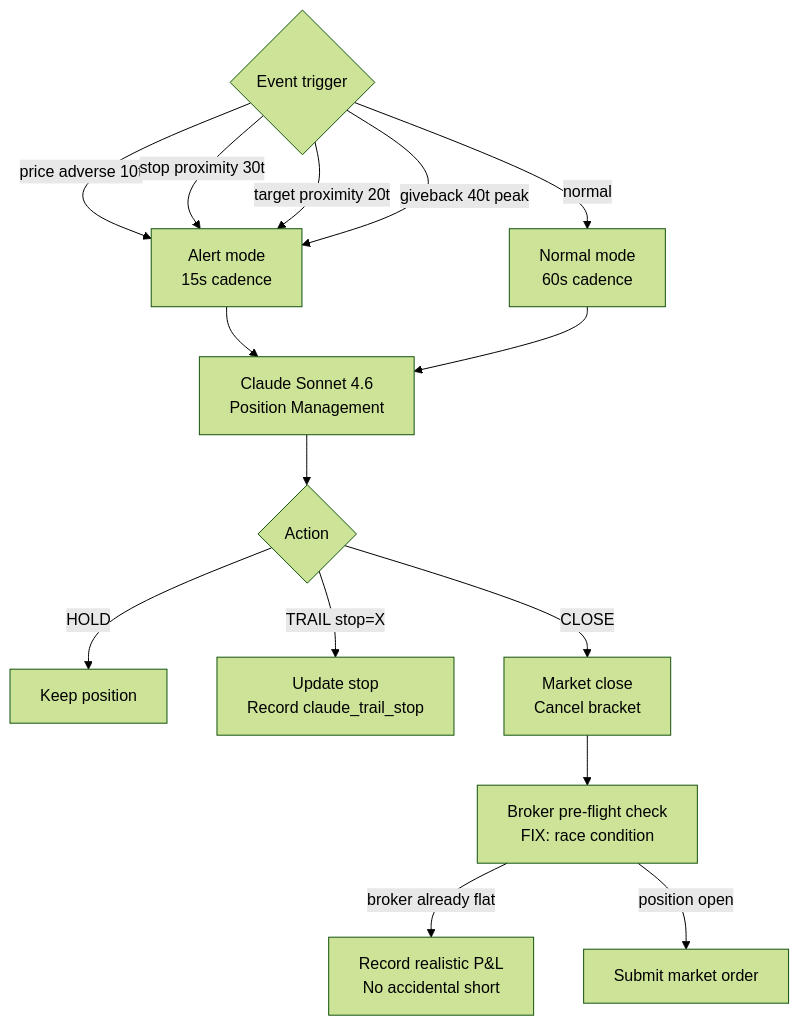
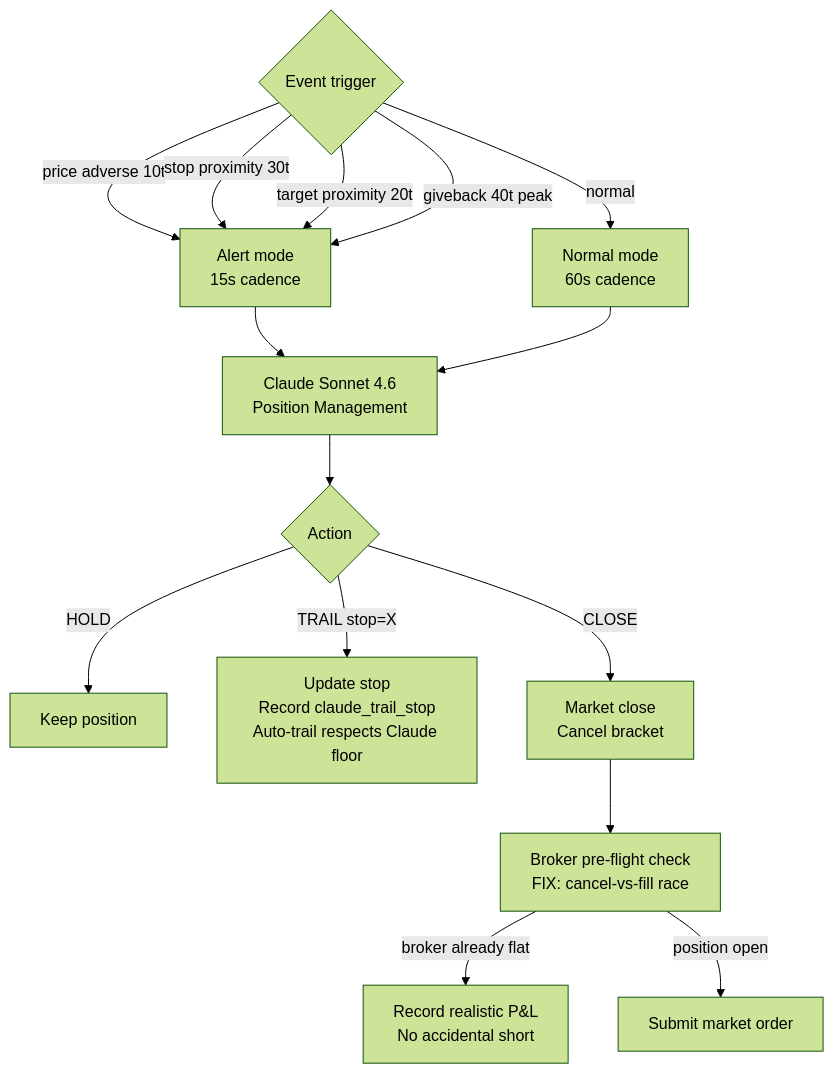
One commit to fgomecs/mnq-ai-trader changed the fourth of 7 diagrams in README.md. Above: the diagram before and after it, drawn with Mermaid (forest theme). The commit also changed other lines of this file and 2 other files, not shown here.

````diff
--- a/README.md
+++ b/README.md
@@ -120,18 +123,18 @@
 ```mermaid
 flowchart TD
     TRIGGER{Event trigger}
     TRIGGER -->|price adverse 10t| ALERT[Alert mode\n15s cadence]
     TRIGGER -->|stop proximity 30t| ALERT
     TRIGGER -->|target proximity 20t| ALERT
     TRIGGER -->|giveback 40t peak| ALERT
     TRIGGER -->|normal| NORMAL[Normal mode\n60s cadence]
     ALERT --> SONNET[Claude Sonnet 4.6\nPosition Management]
     NORMAL --> SONNET
     SONNET --> ACTION{Action}
     ACTION -->|HOLD| HOLD[Keep position]
-    ACTION -->|TRAIL stop=X| TRAIL[Update stop\nRecord claude_trail_stop]
+    ACTION -->|TRAIL stop=X| TRAIL[Update stop\nRecord claude_trail_stop\nAuto-trail respects Claude floor]
     ACTION -->|CLOSE| CLOSE[Market close\nCancel bracket]
-    CLOSE --> PREFLIGHT[Broker pre-flight check\nFIX: race condition]
+    CLOSE --> PREFLIGHT[Broker pre-flight check\nFIX: cancel-vs-fill race]
     PREFLIGHT -->|broker already flat| RECONCILE[Record realistic P&L\nNo accidental short]
     PREFLIGHT -->|position open| MARKET[Submit market order]
 ```
````
